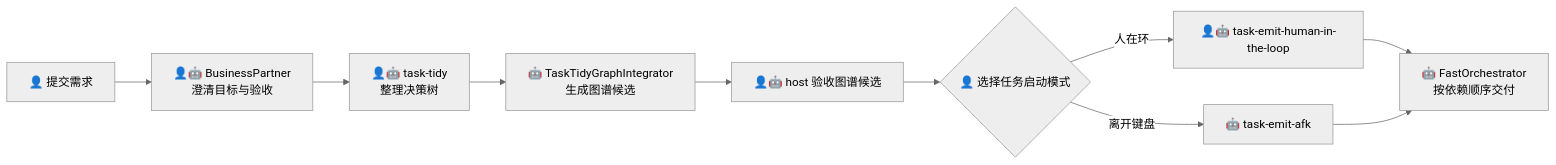
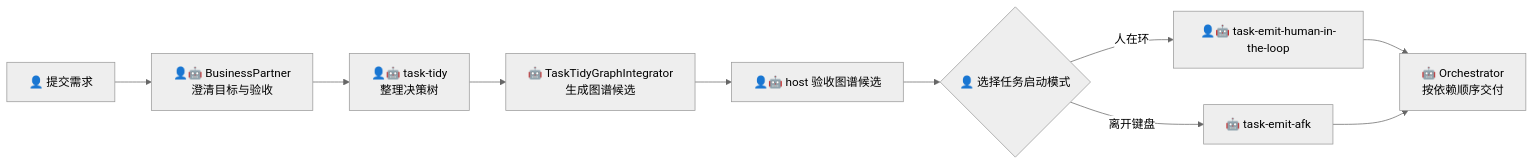
The first of 11 diagrams in design/argo-harness/usage-scenarios/README.md (derekhu0002/Argo), drawn with Mermaid (neutral theme) before and after one commit. The commit also changed other lines of this file and 9 other files, not shown here.

````diff
--- a/design/argo-harness/usage-scenarios/README.md
+++ b/design/argo-harness/usage-scenarios/README.md
@@ -24,12 +24,12 @@
 ```mermaid
 flowchart LR
     A[👤 提交需求] --> B[👤🤖 BusinessPartner<br/>澄清目标与验收]
     B --> C[👤🤖 task-tidy<br/>整理决策树]
     C --> D[🤖 TaskTidyGraphIntegrator<br/>生成图谱候选]
     D --> E[👤🤖 host 验收图谱候选]
     E --> F{👤 选择任务启动模式}
     F -- 人在环 --> G[👤🤖 task-emit-human-in-the-loop]
     F -- 离开键盘 --> H[🤖 task-emit-afk]
-    G --> I[🤖 FastOrchestrator<br/>按依赖顺序交付]
+    G --> I[🤖 Orchestrator<br/>按依赖顺序交付]
     H --> I
 ```
````
